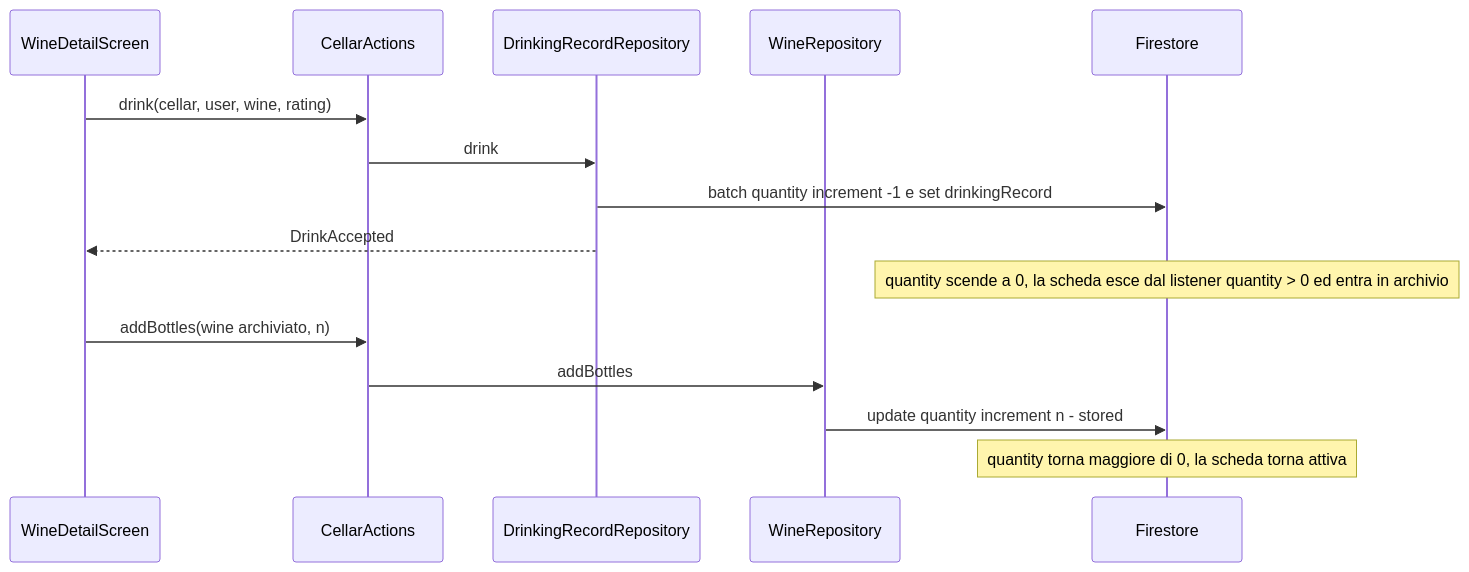
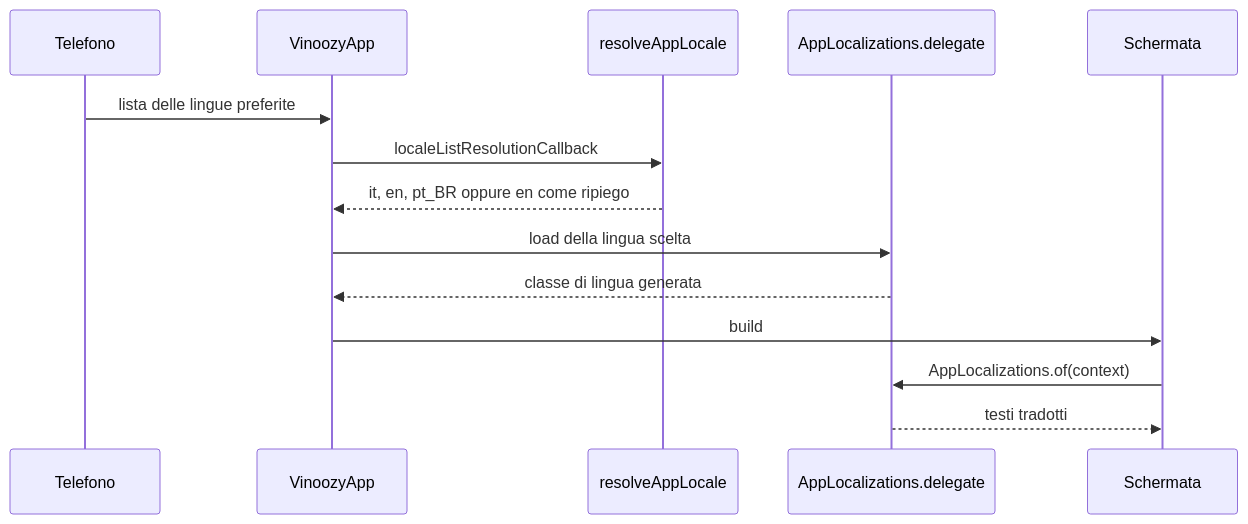
Before and after one commit to brunobottazzini/Vinoozy: the second of 4 diagrams in aidlc/spaces/default/codekb/Vinoozy/architecture.md, drawn with Mermaid. The commit also changed other lines of this file and 193 other files, not shown here.

````diff
--- a/aidlc/spaces/default/codekb/Vinoozy/architecture.md
+++ b/aidlc/spaces/default/codekb/Vinoozy/architecture.md
@@ -165,17 +116,17 @@
 ```mermaid
 sequenceDiagram
-  participant UI as WineDetailScreen
-  participant A as CellarActions
-  participant R as DrinkingRecordRepository
-  participant W as WineRepository
-  participant F as Firestore
-  UI->>A: drink(cellar, user, wine, rating)
-  A->>R: drink
-  R->>F: batch quantity increment -1 e set drinkingRecord
-  R-->>UI: DrinkAccepted
-  Note over F: quantity scende a 0, la scheda esce dal listener quantity > 0 ed entra in archivio
-  UI->>A: addBottles(wine archiviato, n)
-  A->>W: addBottles
-  W->>F: update quantity increment n - stored
-  Note over F: quantity torna maggiore di 0, la scheda torna attiva
+  participant Phone as Telefono
+  participant App as VinoozyApp
+  participant Res as resolveAppLocale
+  participant Del as AppLocalizations.delegate
+  participant UI as Schermata
+
+  Phone->>App: lista delle lingue preferite
+  App->>Res: localeListResolutionCallback
+  Res-->>App: it, en, pt_BR oppure en come ripiego
+  App->>Del: load della lingua scelta
+  Del-->>App: classe di lingua generata
+  App->>UI: build
+  UI->>Del: AppLocalizations.of(context)
+  Del-->>UI: testi tradotti
 ```
````
